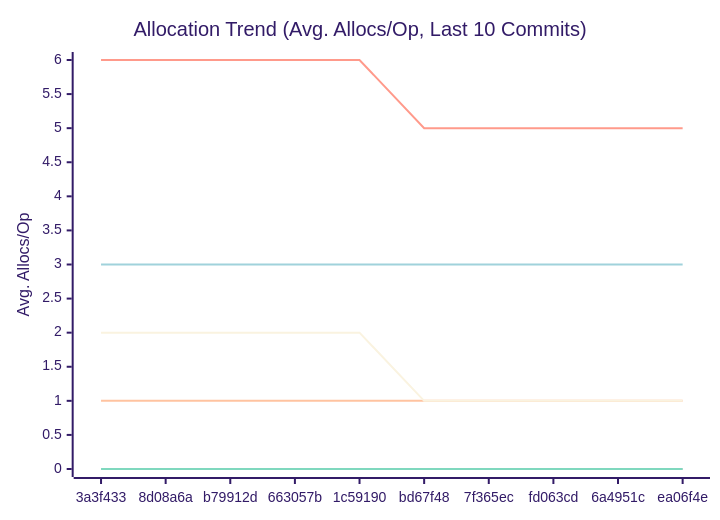
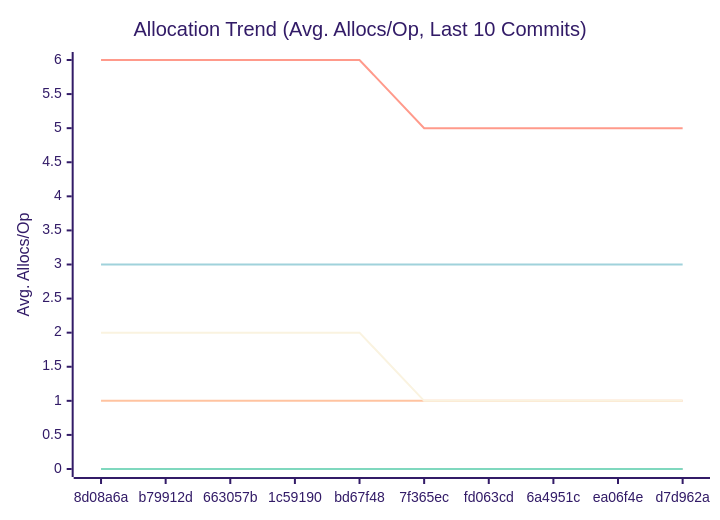
One commit to alsotoes/momo changed the third of 3 diagrams in docs/PERFORMANCE.md. Above: the diagram before and after it, drawn with Mermaid (forest theme). The commit also changed other lines of this file and 3 other files, not shown here.

````diff
--- a/docs/PERFORMANCE.md
+++ b/docs/PERFORMANCE.md
@@ -114,16 +114,16 @@
 ```mermaid
 xychart-beta
     title "Allocation Trend (Avg. Allocs/Op, Last 10 Commits)"
     x-axis "Commit"
     y-axis "Avg. Allocs/Op"
-    x-axis [3a3f433,8d08a6a,b79912d,663057b,1c59190,bd67f48,7f365ec,fd063cd,6a4951c,ea06f4e]
+    x-axis [8d08a6a,b79912d,663057b,1c59190,bd67f48,7f365ec,fd063cd,6a4951c,ea06f4e,d7d962a]
     line "CheckMetricsAndSwap" [0,0,0,0,0,0,0,0,0,0]
     line "CrushOptimized" [0,0,0,0,0,0,0,0,0,0]
     line "CrushOriginal" [3,3,3,3,3,3,3,3,3,3]
     line "IndexDirectTracking" [0,0,0,0,0,0,0,0,0,0]
     line "IndexSearch" [0,0,0,0,0,0,0,0,0,0]
     line "LoadGlobalConfig" [1,1,1,1,1,1,1,1,1,1]
     line "PadString" [0,0,0,0,0,0,0,0,0,0]
     line "ParseReplicationOrder_NoPrealloc" [6,6,6,6,6,5,5,5,5,5]
     line "ParseReplicationOrder_Prealloc" [2,2,2,2,2,1,1,1,1,1]
 ```
````
